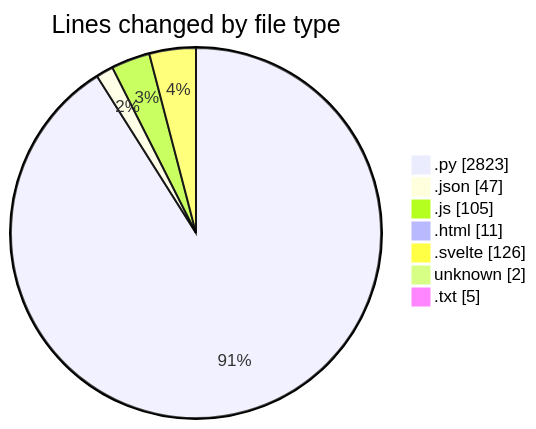
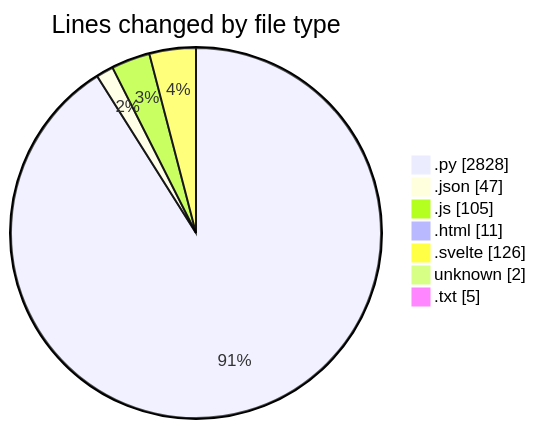
One commit to lephambinh05/code-tracking changed the first of 2 diagrams in 2025-07-10/toolsopenemalpass/README.md. Above: the diagram before and after it, drawn with Mermaid. The commit also changed other lines of this file and 1 other file, not shown here.

````diff
--- a/2025-07-10/toolsopenemalpass/README.md
+++ b/2025-07-10/toolsopenemalpass/README.md
@@ -62,11 +62,11 @@
 ```mermaid
 pie showData
 title Lines changed by file type
-".py" : 2823
+".py" : 2828
 ".json" : 47
 ".js" : 105
 ".html" : 11
 ".svelte" : 126
 "unknown" : 2
 ".txt" : 5
 ```
````
